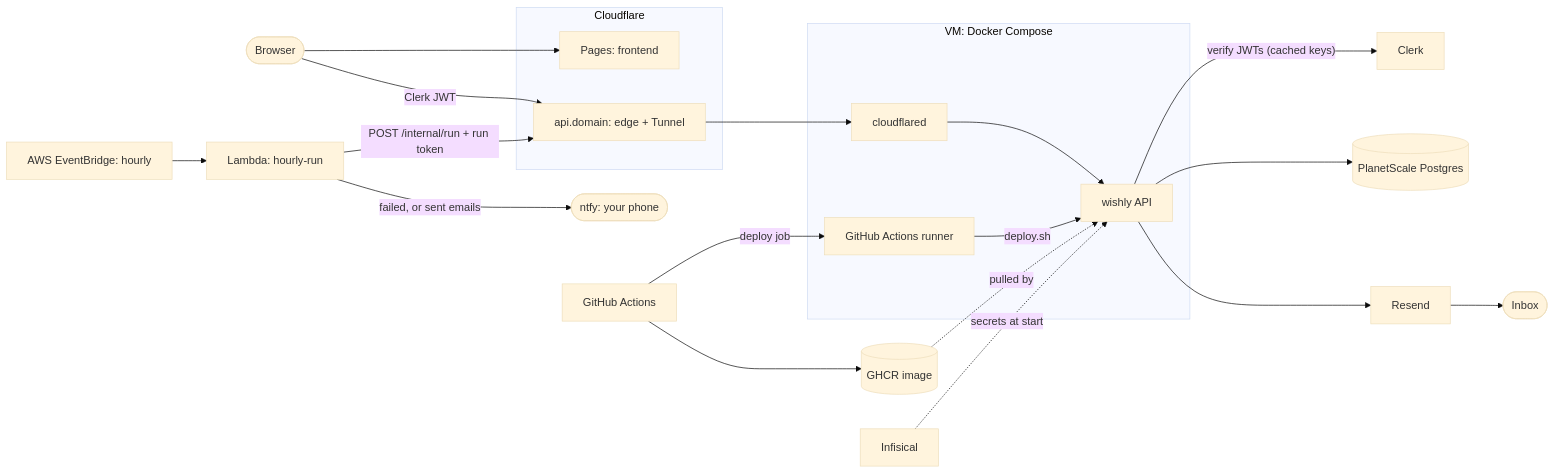
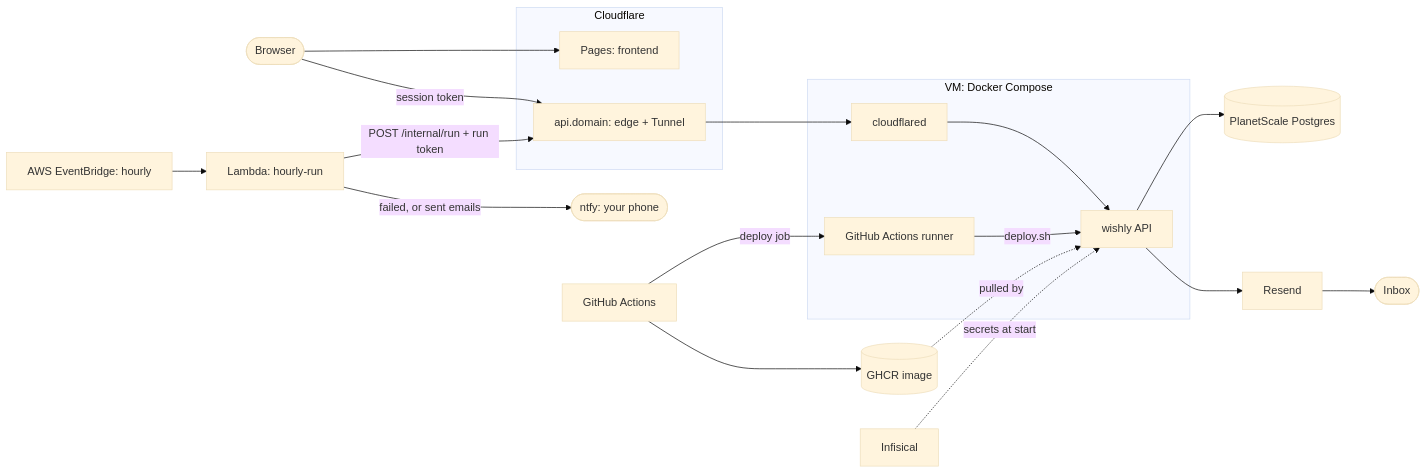
One commit to gavinfancher/wishly changed the diagram in docs/infrastructure.md. Above: the diagram before and after it, drawn with Mermaid (base theme). The commit also changed other lines of this file and 46 other files, not shown here.

````diff
--- a/docs/infrastructure.md
+++ b/docs/infrastructure.md
@@ -9,39 +9,37 @@
 ```mermaid
 flowchart LR
   user([Browser])
   inbox([Inbox])
 
   subgraph cf[Cloudflare]
     pages[Pages: frontend]
     edge[api.domain: edge + Tunnel]
   end
 
   subgraph vm[VM: Docker Compose]
     cfd[cloudflared]
     api[wishly API]
     runner[GitHub Actions runner]
   end
 
-  clerk[Clerk]
   db[(PlanetScale Postgres)]
   eb[AWS EventBridge: hourly]
   lam[Lambda: hourly-run]
   ntfy([ntfy: your phone])
   resend[Resend]
   gh[GitHub Actions] --> ghcr[(GHCR image)]
   inf[Infisical]
 
   user --> pages
-  user -- "Clerk JWT" --> edge
+  user -- "session token" --> edge
   eb --> lam
   lam -- "POST /internal/run + run token" --> edge
   lam -- "failed, or sent emails" --> ntfy
   edge --> cfd --> api
-  api -- "verify JWTs (cached keys)" --> clerk
   api --> db
   api --> resend --> inbox
   gh -- "deploy job" --> runner
   runner -- "deploy.sh" --> api
   ghcr -. pulled by .-> api
   inf -. "secrets at start" .-> api
 ```
````
